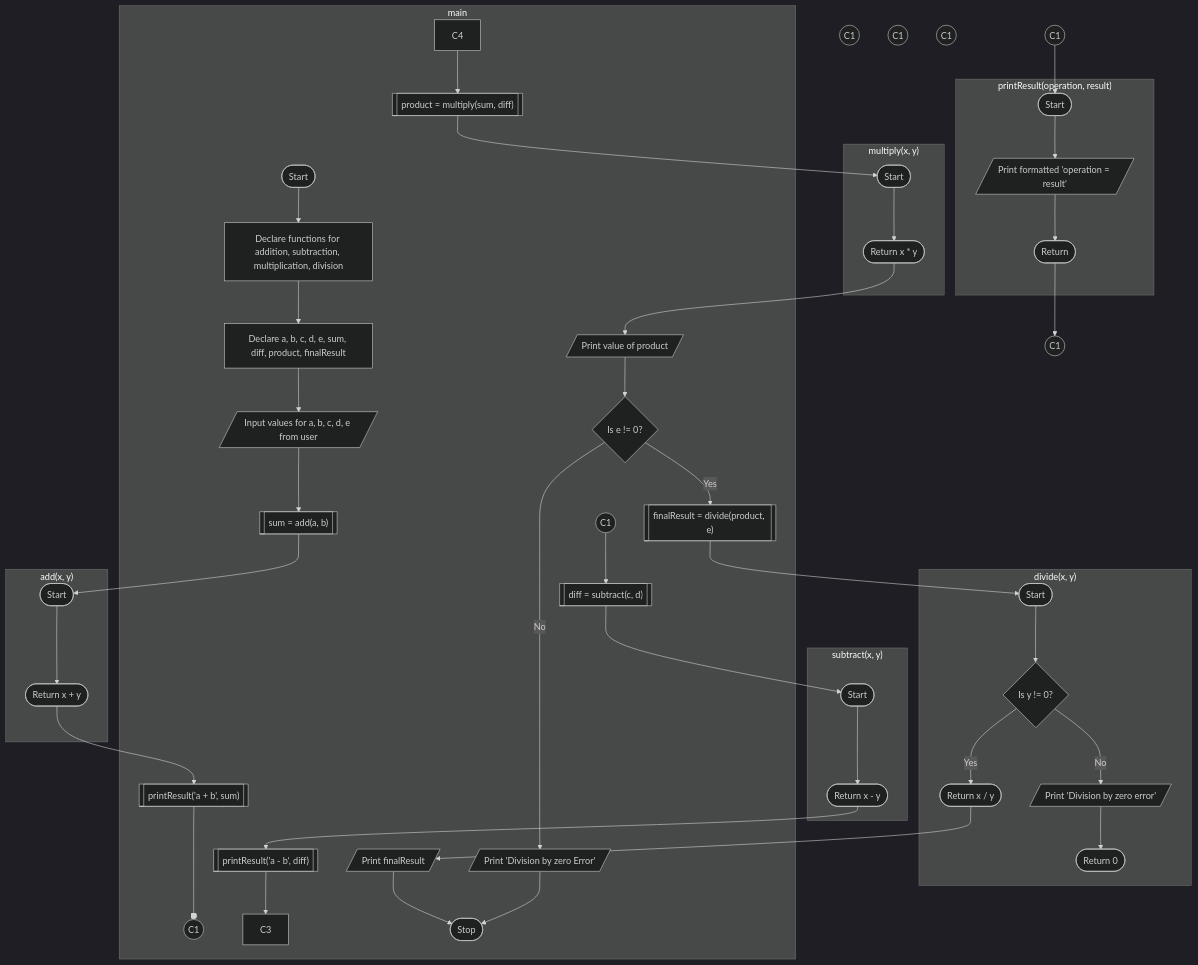
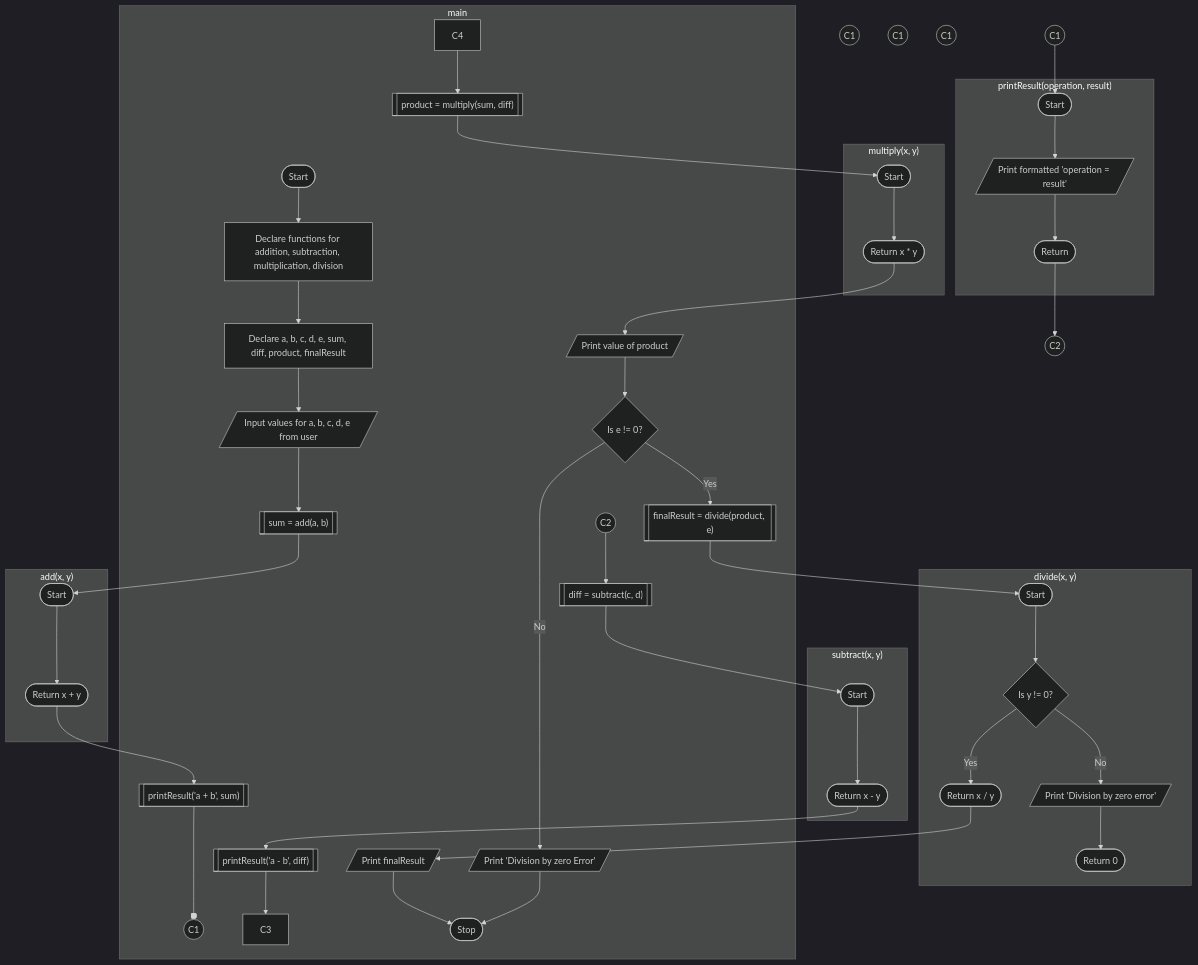
The diagram in PR/P7 - Functions.md (Vinit-source/Programming-for-problem-solving), drawn with Mermaid (dark theme) before and after one commit. The commit also changed other lines of this file, not shown here.

Commit message:
PR/P7 - Functions.md updated from https://stackedit.io/

````diff
--- a/PR/P7 - Functions.md
+++ b/PR/P7 - Functions.md
@@ -20,67 +20,67 @@
 ```mermaid
 graph TD;
 
 subgraph "add(x, y)" 
 	addStart([Start]);
 	B1([Return x + y]);
 	addStart --> B1;
 end
 subgraph "subtract(x, y)"
 	subStart([Start]);
 	B2([Return x - y]);
 	subStart --> B2;
 end
 subgraph "multiply(x, y)"
 	mulStart([Start]);
 	B3([Return x * y]);
 	mulStart --> B3;
 end
 subgraph "divide(x, y)"
 	divStart([Start]);
 	J{Is y != 0?};
     J -- Yes --> K([Return x / y]);
     J -- No --> M[/Print 'Division by zero error'/];
     divStart --> J;
     M --> MR([Return 0]);
 end
 subgraph "printResult(operation, result)"
 	printStart([Start]);
 	P[/Print formatted 'operation = result'/];
 	R([Return]);
 	printStart --> P;
 	P --> R;
 end
 CAS1((C1));
 CAS2((C1));
-CAE1((C1));
-CAE2((C1));
+CAE1((C2));
+CAE2((C2));
 C5((C1));
 C6((C1));
 C7((C1));
 CAS2 --> printStart;
 R --> CAE1;
 
 subgraph main
     A([Start]) --> B[Declare functions for addition, subtraction, multiplication, division];
     B --> BB[Declare a, b, c, d, e, sum, diff, product, finalResult];
     BB --> C[/Input values for a, b, c, d, e from user/];
 	C --> CB[["sum = add(a, b)"]];
 	CB --> addStart;
 	B1 --> E[["printResult('a + b', sum)"]];
     E ---o CAS1;
     CAE2 --> F[["diff = subtract(c, d)"]];
     F --> subStart;
     B2 --> G[["printResult('a - b', diff)"]];
     G --> C3;
     C4 --> H[["product = multiply(sum, diff)"]];
     H --> mulStart;
     B3 --> I[/Print value of product/];
     I --> DB0{Is e != 0?};
     DB0 -- Yes --> I1[["finalResult = divide(product, e)"]];
     I1 --> divStart;
     K --> L[/Print finalResult/];
     L --> N([Stop]);
     DB0 -- No --> N0[/"Print 'Division by zero Error'"/];
     N0 --> N
    end
 ```
````
